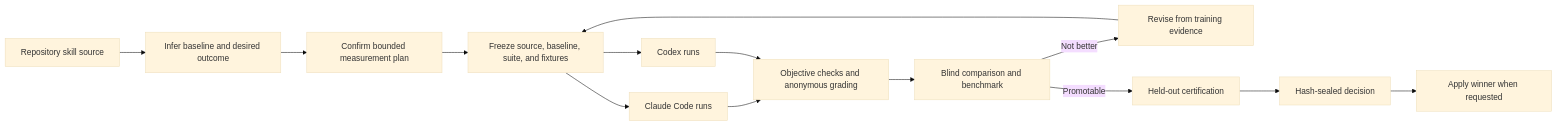
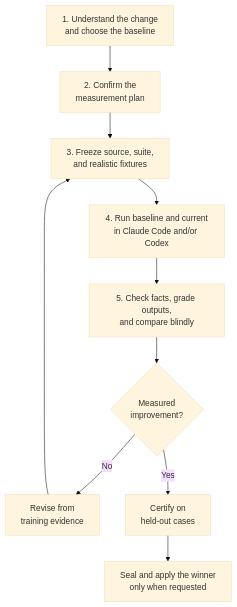
One commit to tmchow/skill-eval changed the diagram in README.md. Above: the diagram before and after it, drawn with Mermaid (base theme).

Commit message:
docs(readme): make the workflow diagram mobile-readable

````diff
--- a/README.md
+++ b/README.md
@@ -172,16 +172,16 @@
 ```mermaid
-flowchart LR
-    A[Repository skill source] --> B[Infer baseline and desired outcome]
-    B --> C[Confirm bounded measurement plan]
-    C --> D[Freeze source, baseline, suite, and fixtures]
-    D --> E1[Claude Code runs]
-    D --> E2[Codex runs]
-    E1 --> F[Objective checks and anonymous grading]
-    E2 --> F
-    F --> G[Blind comparison and benchmark]
-    G -->|Not better| H[Revise from training evidence]
-    H --> D
-    G -->|Promotable| I[Held-out certification]
-    I --> J[Hash-sealed decision]
-    J --> K[Apply winner when requested]
+flowchart TD
+    A["1. Understand the change<br/>and choose the baseline"]
+    B["2. Confirm the<br/>measurement plan"]
+    C["3. Freeze source, suite,<br/>and realistic fixtures"]
+    D["4. Run baseline and current<br/>in Claude Code and/or Codex"]
+    E["5. Check facts, grade outputs,<br/>and compare blindly"]
+    F{"Measured<br/>improvement?"}
+    G["Revise from<br/>training evidence"]
+    H["Certify on<br/>held-out cases"]
+    I["Seal and apply the winner<br/>only when requested"]
+
+    A --> B --> C --> D --> E --> F
+    F -->|No| G --> C
+    F -->|Yes| H --> I
 ```
````
